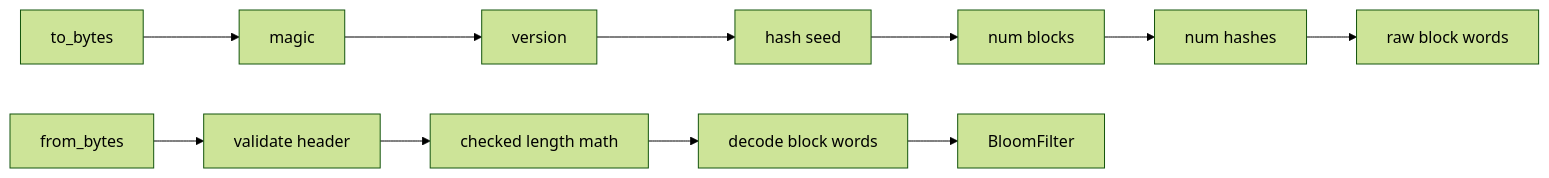
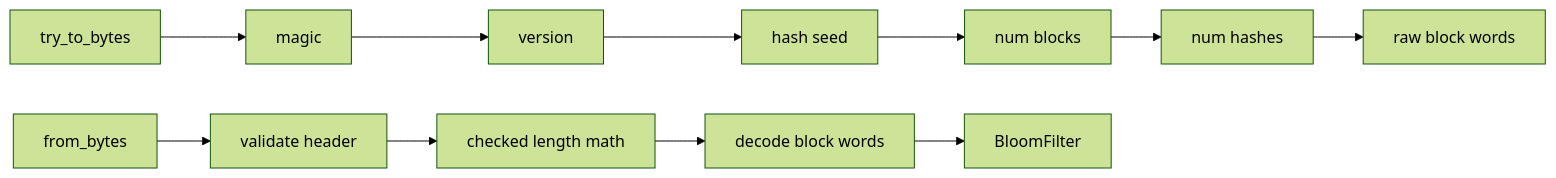
One commit to Aditya-1304/bloom-bloom changed the seventh of 8 diagrams in README.md. Above: the diagram before and after it, drawn with Mermaid (forest theme). The commit also changed other lines of this file and 2 other files, not shown here.

````diff
--- a/README.md
+++ b/README.md
@@ -239,14 +239,14 @@
 ```mermaid
 flowchart LR
-    A[to_bytes] --> B[magic]
+    A[try_to_bytes] --> B[magic]
     B --> C[version]
     C --> D[hash seed]
     D --> E[num blocks]
     E --> F[num hashes]
     F --> G[raw block words]
 
     H[from_bytes] --> I[validate header]
     I --> J[checked length math]
     J --> K[decode block words]
     K --> L[BloomFilter]
 ```
````
